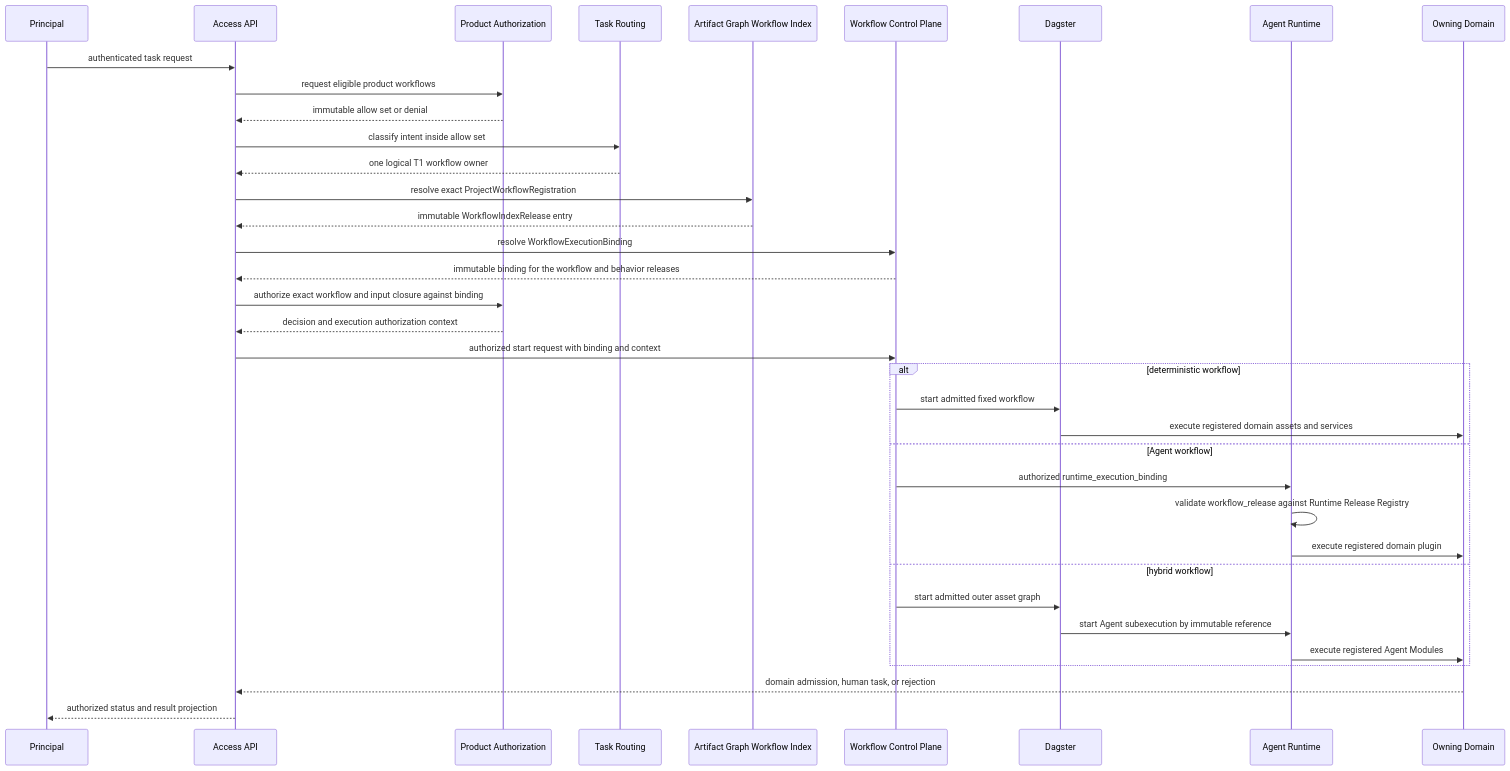
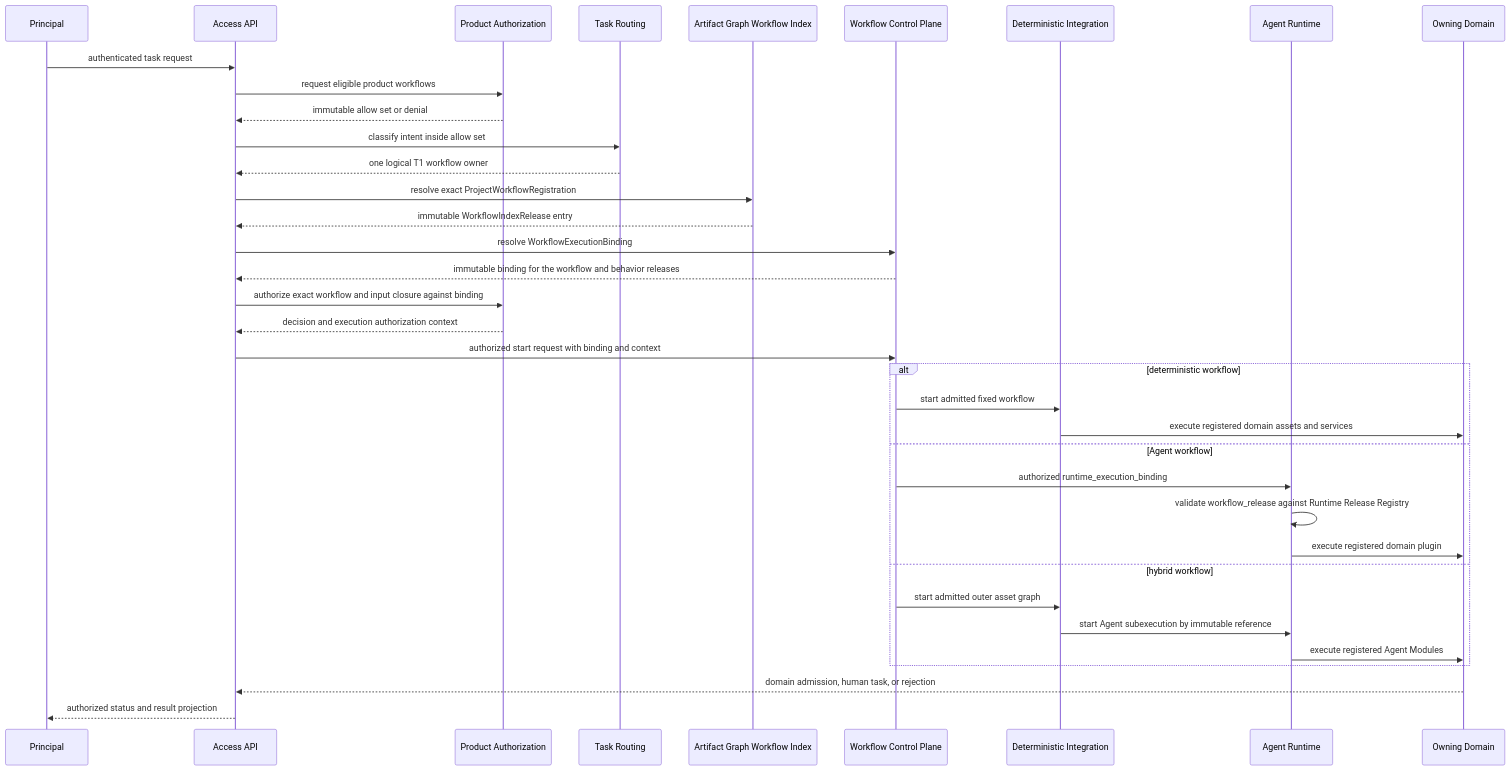
One commit to bobaoai/agent_runtime changed the second of 3 diagrams in designDoc/the_agency_platform.md. Above: the diagram before and after it, drawn with Mermaid. The commit also changed other lines of this file and 120 other files, not shown here.

````diff
--- a/designDoc/the_agency_platform.md
+++ b/designDoc/the_agency_platform.md
@@ -226,39 +220,39 @@
 ```mermaid
 sequenceDiagram
     participant P as Principal
     participant A as Access API
     participant Z as Product Authorization
     participant R as Task Routing
     participant W as Artifact Graph Workflow Index
     participant C as Workflow Control Plane
-    participant J as Dagster
+    participant J as Deterministic Integration
     participant X as Agent Runtime
     participant D as Owning Domain
 
     P->>A: authenticated task request
     A->>Z: request eligible product workflows
     Z-->>A: immutable allow set or denial
     A->>R: classify intent inside allow set
     R-->>A: one logical T1 workflow owner
     A->>W: resolve exact ProjectWorkflowRegistration
     W-->>A: immutable WorkflowIndexRelease entry
     A->>C: resolve WorkflowExecutionBinding
     C-->>A: immutable binding for the workflow and behavior releases
     A->>Z: authorize exact workflow and input closure against binding
     Z-->>A: decision and execution authorization context
     A->>C: authorized start request with binding and context
     alt deterministic workflow
         C->>J: start admitted fixed workflow
         J->>D: execute registered domain assets and services
     else Agent workflow
         C->>X: authorized runtime_execution_binding
         X->>X: validate workflow_release against Runtime Release Registry
         X->>D: execute registered domain plugin
     else hybrid workflow
         C->>J: start admitted outer asset graph
         J->>X: start Agent subexecution by immutable reference
         X->>D: execute registered Agent Modules
     end
     D-->>A: domain admission, human task, or rejection
     A-->>P: authorized status and result projection
 ```
````
